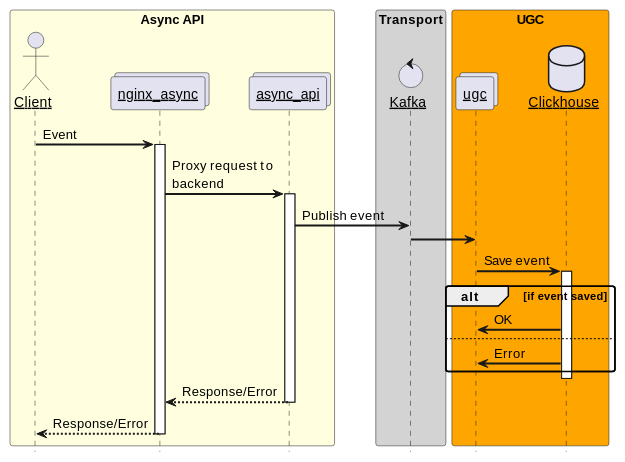
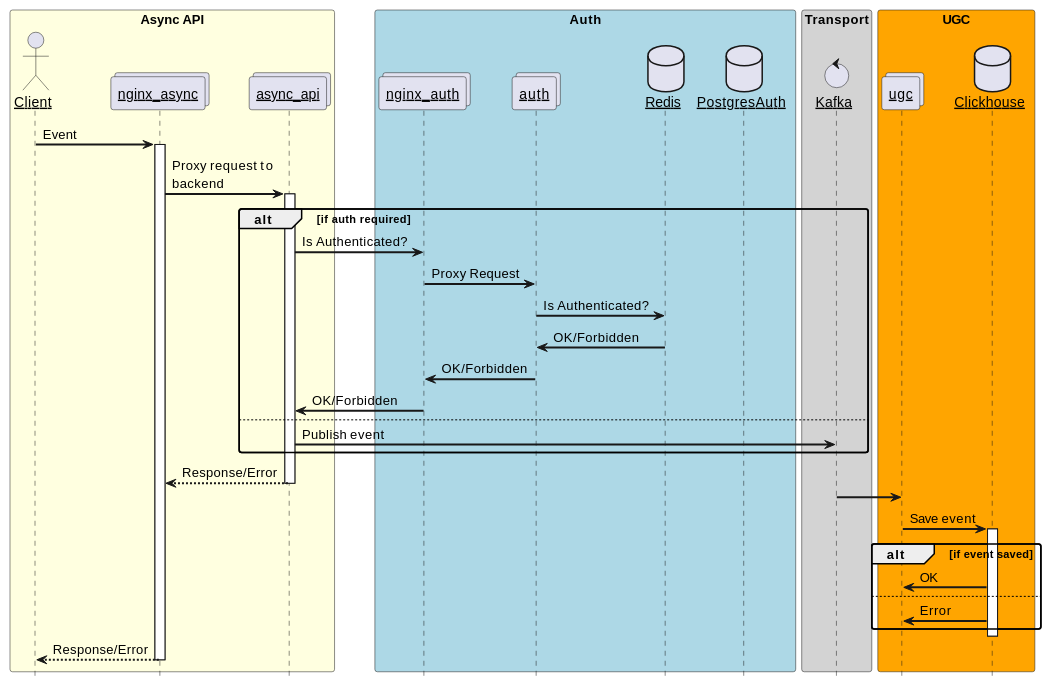
Before and after one commit to vromanuk/ugc_sprint_1: the diagram in ugc-architecture.md, drawn with PlantUML.

````diff
--- a/ugc-architecture.md
+++ b/ugc-architecture.md
@@ -1,50 +1,65 @@
 ```plantuml
 @startuml
 skinparam componentStyle uml2
 skinparam sequenceArrowThickness 2
 skinparam roundcorner 5
 skinparam maxmessagesize 120
 skinparam sequenceParticipant underline
 hide footbox
 skinparam BoxPadding 2
 
 box "Async API" #LightYellow
     actor Client
     collections nginx_async
     collections async_api
 end box
 
+box "Auth" #LightBlue
+    collections nginx_auth
+    collections auth
+    database Redis
+    database PostgresAuth
+end box
+
 box "Transport" #LightGray
     control Kafka
 end box
 
 box "UGC" #Orange
     collections ugc
     database Clickhouse
 end box
 
 Client -> nginx_async: Event
 activate nginx_async
 nginx_async -> async_api: Proxy request to backend
 activate async_api
 
-async_api -> Kafka: Publish event
+alt if auth required
+    async_api -> nginx_auth: Is Authenticated?
+    nginx_auth -> auth: Proxy Request
+    auth -> Redis: Is Authenticated?
+    Redis -> auth: OK/Forbidden
+    auth -> nginx_auth: OK/Forbidden
+    nginx_auth -> async_api: OK/Forbidden
+else
+    async_api -> Kafka: Publish event
+end
+async_api --> nginx_async: Response/Error
+deactivate async_api
 Kafka -> ugc
 
 ugc -> Clickhouse: Save event
 activate Clickhouse
 
 alt if event saved
     Clickhouse -> ugc: OK
 else
     Clickhouse -> ugc: Error
 end
 deactivate Clickhouse
 
-async_api --> nginx_async: Response/Error
-deactivate async_api
-
 nginx_async --> Client: Response/Error
 deactivate nginx_async
 @enduml
 ```
````
